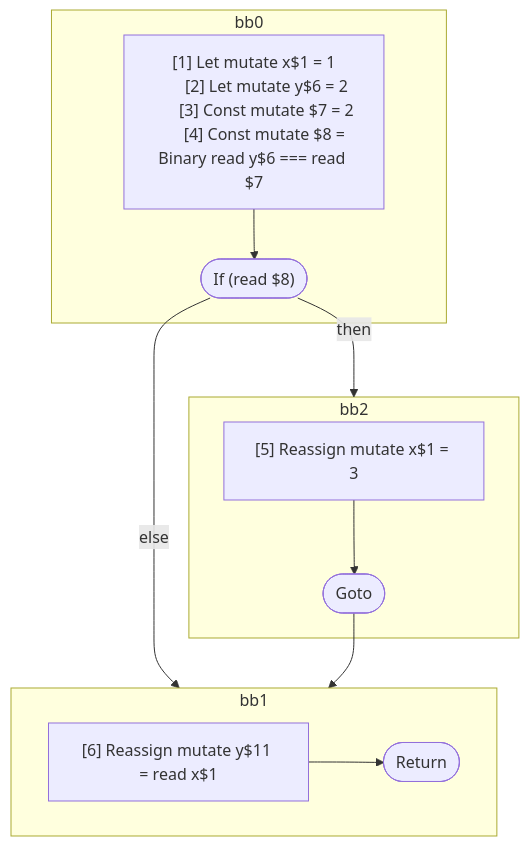
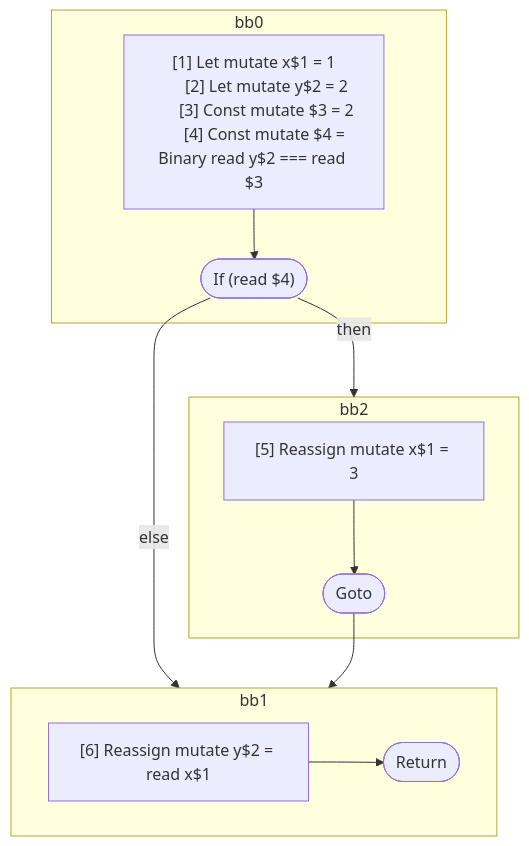
One commit to wutsmog/private changed the diagram in compiler/forget/src/__tests__/fixtures/hir/ssa-complex-single-if.expect.md. Above: the diagram before and after it, drawn with Mermaid. The commit also changed other lines of this file and 57 other files, not shown here.

````diff
--- a/compiler/forget/src/__tests__/fixtures/hir/ssa-complex-single-if.expect.md
+++ b/compiler/forget/src/__tests__/fixtures/hir/ssa-complex-single-if.expect.md
@@ -38,31 +38,31 @@
 ```mermaid
 flowchart TB
   %% Basic Blocks
   subgraph bb0
     bb0_instrs["
       [1] Let mutate x$1 = 1
-      [2] Let mutate y$6 = 2
-      [3] Const mutate $7 = 2
-      [4] Const mutate $8 = Binary read y$6 === read $7
+      [2] Let mutate y$2 = 2
+      [3] Const mutate $3 = 2
+      [4] Const mutate $4 = Binary read y$2 === read $3
     "]
-    bb0_instrs --> bb0_terminal(["If (read $8)"])
+    bb0_instrs --> bb0_terminal(["If (read $4)"])
   end
   subgraph bb2
     bb2_instrs["
       [5] Reassign mutate x$1 = 3
     "]
     bb2_instrs --> bb2_terminal(["Goto"])
   end
   subgraph bb1
     bb1_instrs["
-      [6] Reassign mutate y$11 = read x$1
+      [6] Reassign mutate y$2 = read x$1
     "]
     bb1_instrs --> bb1_terminal(["Return"])
   end
 
   %% Jumps
   bb0_terminal -- then --> bb2
   bb0_terminal -- else --> bb1
   bb2_terminal --> bb1
 
 ```
````
